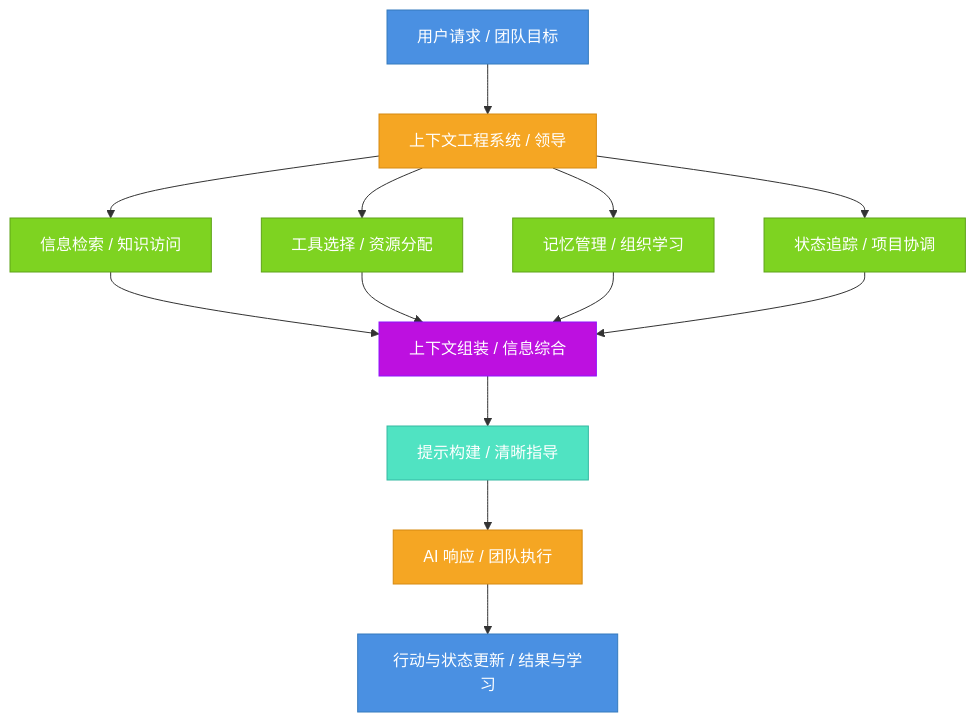
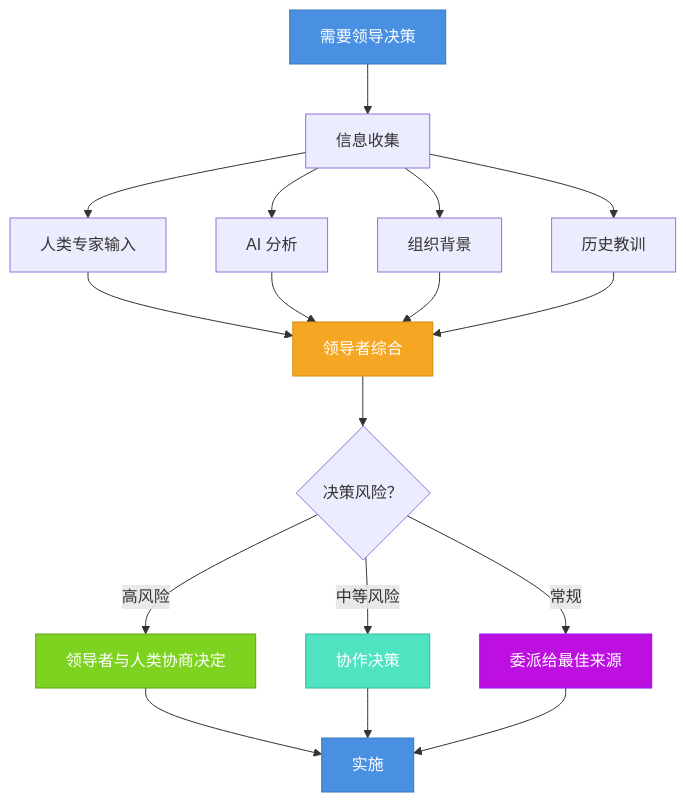
Before and after one commit to tikazyq/marvinzhang.dev: the diagram in i18n/zh/docusaurus-plugin-content-blog/2025-10-09-ai-leadership-from-tool-to-collaborative-partner.mdx, drawn with Mermaid. The commit also changed other lines of this file and 1 other file, not shown here.

````diff
--- a/i18n/zh/docusaurus-plugin-content-blog/2025-10-09-ai-leadership-from-tool-to-collaborative-partner.mdx
+++ b/i18n/zh/docusaurus-plugin-content-blog/2025-10-09-ai-leadership-from-tool-to-collaborative-partner.mdx
@@ -111,26 +83,29 @@
 ```mermaid
 graph TD
-    A[用户请求 / 团队目标] --> B[上下文工程系统 / 领导]
-    B --> C[信息检索 / 知识访问]
-    B --> D[工具选择 / 资源分配]
-    B --> E[记忆管理 / 组织学习]
-    B --> F[状态追踪 / 项目协调]
-    C --> G[上下文组装 / 信息综合]
+    A[需要领导决策] --> B[信息收集]
+    B --> C[人类专家输入]
+    B --> D[AI 分析]
+    B --> E[组织背景]
+    B --> F[历史教训]
+    
+    C --> G[领导者综合]
     D --> G
     E --> G
     F --> G
-    G --> H[提示构建 / 清晰指导]
-    H --> I[AI 响应 / 团队执行]
-    I --> J[行动与状态更新 / 结果与学习]
+    
+    G --> H{决策风险？}
+    H -->|高风险| I[领导者与人类协商决定]
+    H -->|中等风险| J[协作决策]
+    H -->|常规| K[委派给最佳来源]
+    
+    I --> L[实施]
+    J --> L
+    K --> L
     
     style A fill:#4A90E2,stroke:#357ABD,color:#fff
-    style B fill:#F5A623,stroke:#D68910,color:#fff
-    style C fill:#7ED321,stroke:#5FA319,color:#fff
-    style D fill:#7ED321,stroke:#5FA319,color:#fff
-    style E fill:#7ED321,stroke:#5FA319,color:#fff
-    style F fill:#7ED321,stroke:#5FA319,color:#fff
-    style G fill:#BD10E0,stroke:#9012FE,color:#fff
-    style H fill:#50E3C2,stroke:#35B9A2,color:#fff
-    style I fill:#F5A623,stroke:#D68910,color:#fff
-    style J fill:#4A90E2,stroke:#357ABD,color:#fff
+    style G fill:#F5A623,stroke:#D68910,color:#fff
+    style I fill:#7ED321,stroke:#5FA319,color:#fff
+    style J fill:#50E3C2,stroke:#35B9A2,color:#fff
+    style K fill:#BD10E0,stroke:#9012FE,color:#fff
+    style L fill:#4A90E2,stroke:#357ABD,color:#fff
 ```
````
